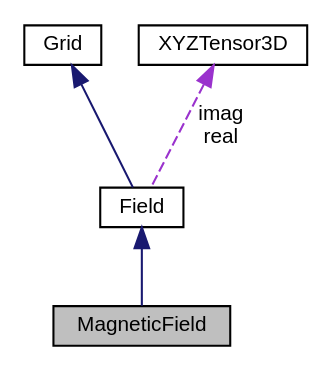
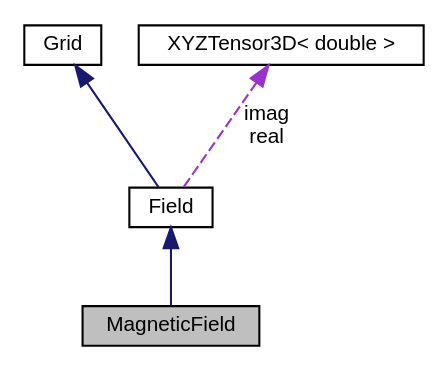
One commit to UCL/TDMS changed the diagram in classMagneticField__coll__graph.dot. Above: the diagram before and after it, drawn with Graphviz. The commit also changed 130 other files, not shown here.

```diff
--- a/classMagneticField__coll__graph.dot
+++ b/classMagneticField__coll__graph.dot
@@ -1,13 +1,13 @@
 digraph "MagneticField"
 {
  // LATEX_PDF_SIZE
   edge [fontname="Helvetica",fontsize="10",labelfontname="Helvetica",labelfontsize="10"];
   node [fontname="Helvetica",fontsize="10",shape=record];
   Node1 [label="MagneticField",height=0.2,width=0.4,color="black", fillcolor="grey75", style="filled", fontcolor="black",tooltip=" "];
   Node2 -> Node1 [dir="back",color="midnightblue",fontsize="10",style="solid",fontname="Helvetica"];
   Node2 [label="Field",height=0.2,width=0.4,color="black", fillcolor="white", style="filled",URL="$classField.html",tooltip=" "];
   Node3 -> Node2 [dir="back",color="midnightblue",fontsize="10",style="solid",fontname="Helvetica"];
   Node3 [label="Grid",height=0.2,width=0.4,color="black", fillcolor="white", style="filled",URL="$classGrid.html",tooltip=" "];
   Node4 -> Node2 [dir="back",color="darkorchid3",fontsize="10",style="dashed",label=" imag\nreal" ,fontname="Helvetica"];
-  Node4 [label="XYZTensor3D",height=0.2,width=0.4,color="black", fillcolor="white", style="filled",URL="$classXYZTensor3D.html",tooltip=" "];
+  Node4 [label="XYZTensor3D\< double \>",height=0.2,width=0.4,color="black", fillcolor="white", style="filled",URL="$classXYZTensor3D.html",tooltip=" "];
 }
```
